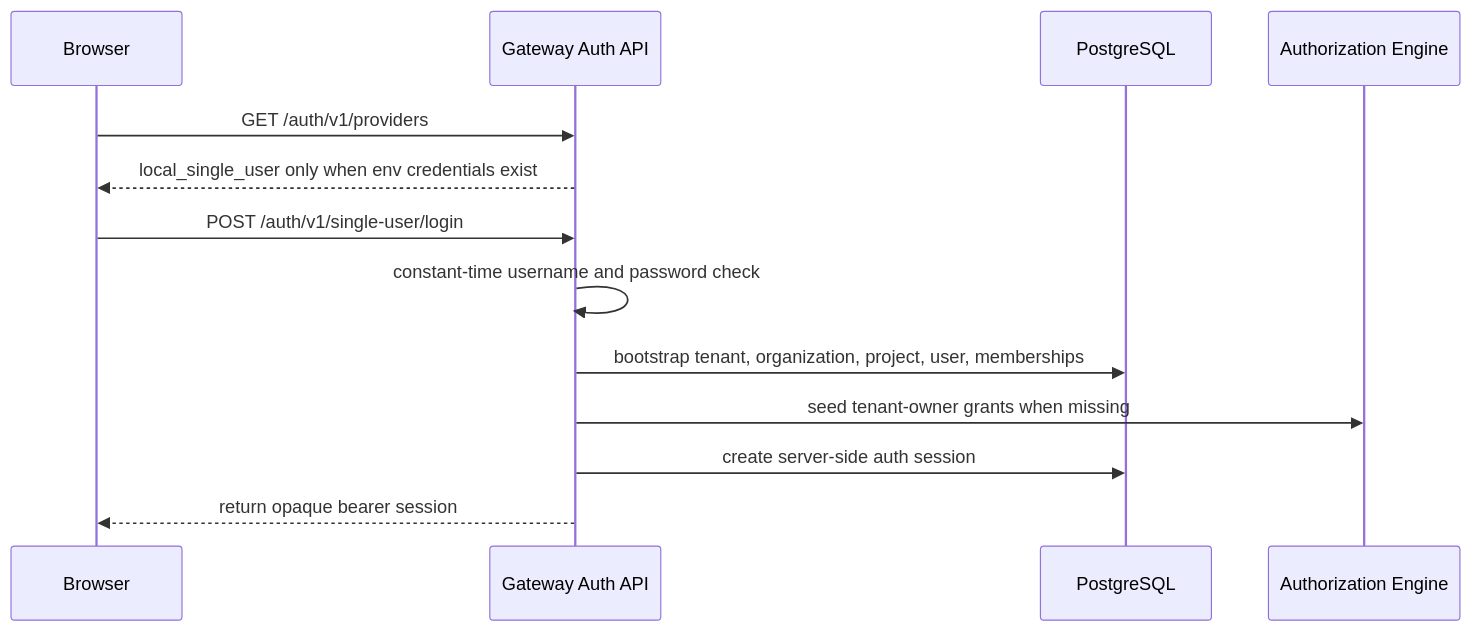
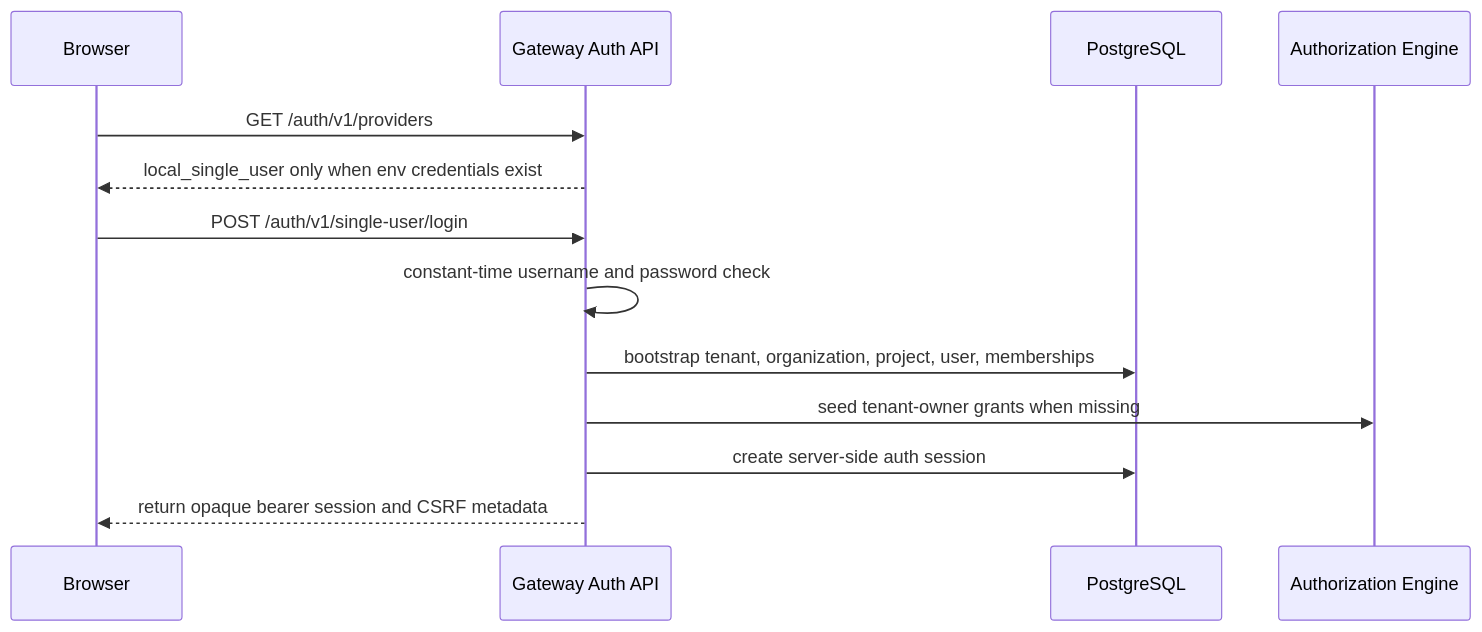
The first of 3 diagrams in spec/gateway/11-login-user-management.md (Wh1isper/starweaver-platform), drawn with Mermaid before and after one commit. The commit also changed other lines of this file and 17 other files, not shown here.

````diff
--- a/spec/gateway/11-login-user-management.md
+++ b/spec/gateway/11-login-user-management.md
@@ -101,16 +101,16 @@
 ```mermaid
 sequenceDiagram
     participant Browser
     participant Gateway as Gateway Auth API
     participant DB as PostgreSQL
     participant Authz as Authorization Engine
 
     Browser->>Gateway: GET /auth/v1/providers
     Gateway-->>Browser: local_single_user only when env credentials exist
     Browser->>Gateway: POST /auth/v1/single-user/login
     Gateway->>Gateway: constant-time username and password check
     Gateway->>DB: bootstrap tenant, organization, project, user, memberships
     Gateway->>Authz: seed tenant-owner grants when missing
     Gateway->>DB: create server-side auth session
-    Gateway-->>Browser: return opaque bearer session
+    Gateway-->>Browser: return opaque bearer session and CSRF metadata
 ```
````
